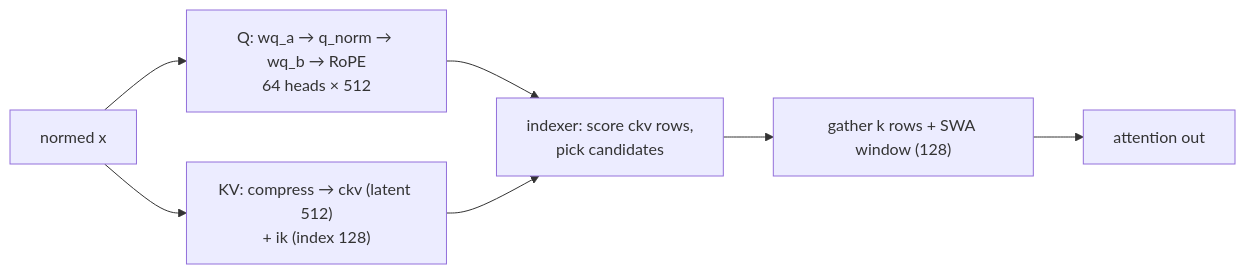
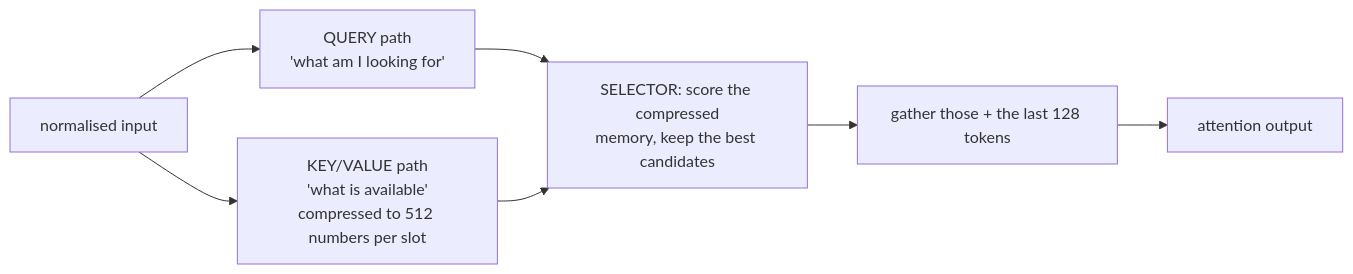
Before and after one commit to jschmied/deepseek-moe-gb10: the third of 4 diagrams in notes/model-dependency-graph.md, drawn with Mermaid. The commit also changed other lines of this file, not shown here.

````diff
--- a/notes/model-dependency-graph.md
+++ b/notes/model-dependency-graph.md
@@ -70,9 +106,9 @@
 ```mermaid
 flowchart LR
-  x["normed x"] --> q["Q: wq_a → q_norm → wq_b → RoPE<br/>64 heads × 512"]
-  x --> kv["KV: compress → ckv (latent 512)<br/>+ ik (index 128)"]
-  q --> idx["indexer: score ckv rows,<br/>pick candidates"]
-  kv --> idx
-  idx --> gather["gather k rows + SWA window (128)"]
-  gather --> out["attention out"]
+  x["normalised input"] --> q["QUERY path<br/>'what am I looking for'"]
+  x --> kv["KEY/VALUE path<br/>'what is available'<br/>compressed to 512 numbers per slot"]
+  q --> sel["SELECTOR: score the compressed<br/>memory, keep the best candidates"]
+  kv --> sel
+  sel --> gather["gather those + the last 128 tokens"]
+  gather --> out["attention output"]
 ```
````
